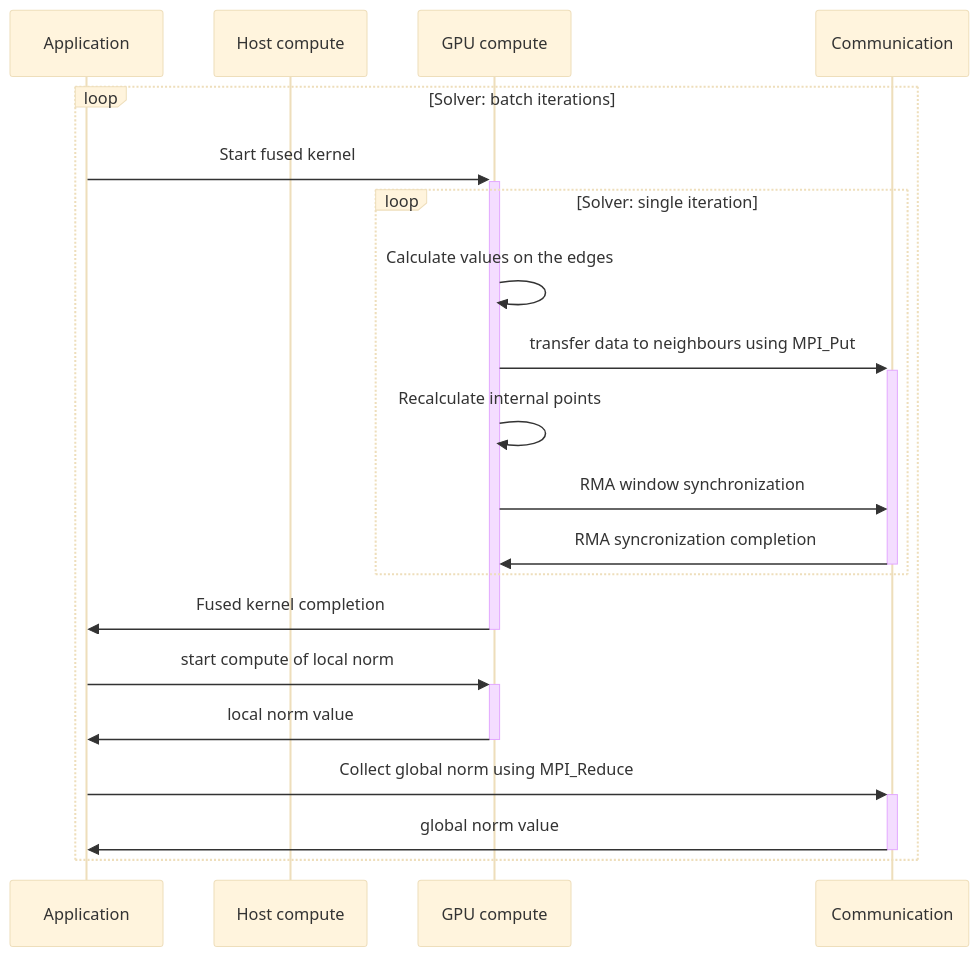
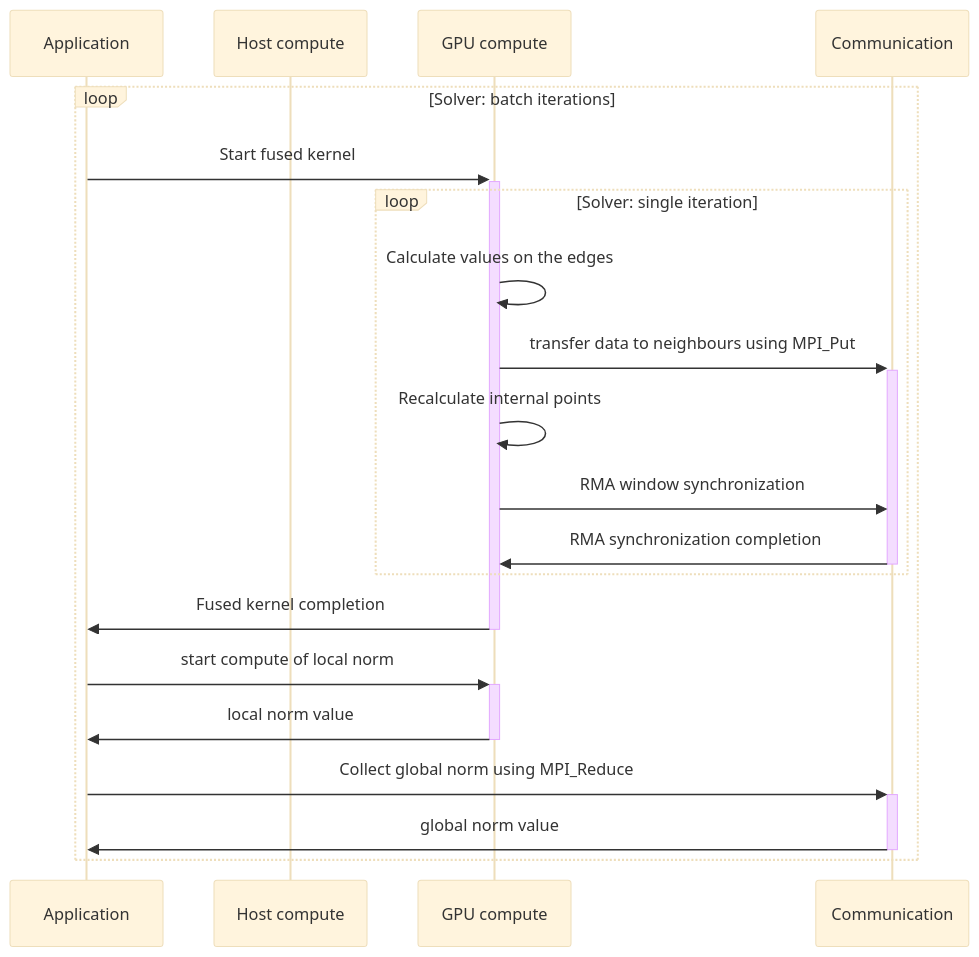
The third of 4 diagrams in Libraries/MPI/jacobian_solver/README.md (oneapi-src/oneAPI-samples), drawn with Mermaid (base theme) before and after one commit. The commit also changed other lines of this file and 11 other files, not shown here.

````diff
--- a/Libraries/MPI/jacobian_solver/README.md
+++ b/Libraries/MPI/jacobian_solver/README.md
@@ -138,23 +138,23 @@
 ```mermaid
 sequenceDiagram
   participant APP as Application
   participant HC as Host compute
   participant GC as GPU compute
   participant COMM as Communication
 
   loop Solver: batch iterations
     APP ->>+ GC: Start fused kernel
     loop Solver: single iteration
       GC ->> GC: Calculate values on the edges
       GC ->>+ COMM: transfer data to neighbours using MPI_Put
       GC ->> GC: Recalculate internal points
       GC ->> COMM: RMA window synchronization
-      COMM ->>- GC: RMA syncronization completion
+      COMM ->>- GC: RMA synchronization completion
     end
     GC ->>- APP: Fused kernel completion
     APP ->>+ GC: start compute of local norm
     GC ->>- APP: local norm value
     APP ->>+ COMM: Collect global norm using MPI_Reduce
     COMM ->>- APP: global norm value
   end
 ```
````
